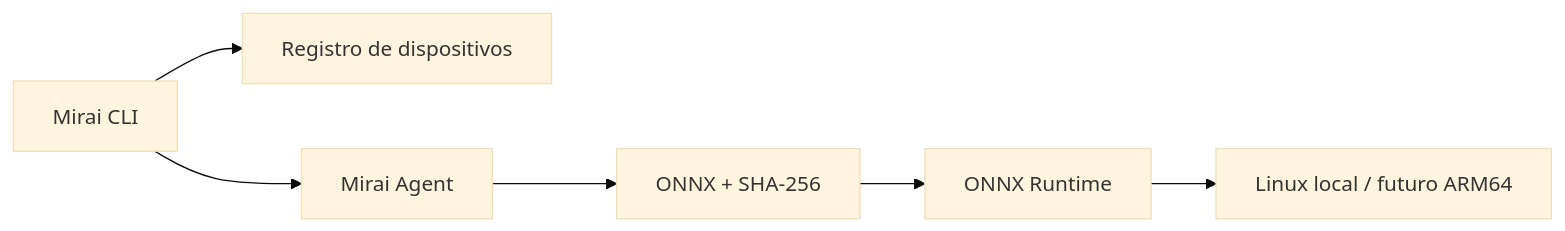
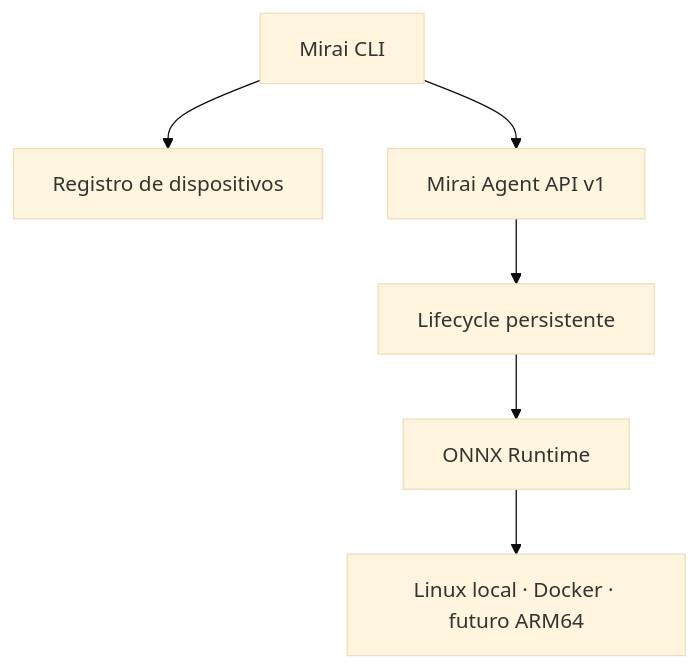
One commit to start6202783-dotcom/MiraiOS changed the diagram in README.md. Above: the diagram before and after it, drawn with Mermaid (base theme). The commit also changed other lines of this file and 14 other files, not shown here.

````diff
--- a/README.md
+++ b/README.md
@@ -66,15 +89,15 @@
 ```mermaid
-flowchart LR
+flowchart TD
     CLI["Mirai CLI"]
-    REGISTRY["Registro de dispositivos"]
-    AGENT["Mirai Agent"]
-    VALIDATE["ONNX + SHA-256"]
-    RUNTIME["ONNX Runtime"]
-    HARDWARE["Linux local / futuro ARM64"]
+    REG["Registro de dispositivos"]
+    API["Mirai Agent API v1"]
+    LIFE["Lifecycle persistente"]
+    ORT["ONNX Runtime"]
+    EDGE["Linux local · Docker · futuro ARM64"]
 
-    CLI --> REGISTRY
-    CLI --> AGENT
-    AGENT --> VALIDATE
-    VALIDATE --> RUNTIME
-    RUNTIME --> HARDWARE
+    CLI --> REG
+    CLI --> API
+    API --> LIFE
+    LIFE --> ORT
+    ORT --> EDGE
 ```
````
